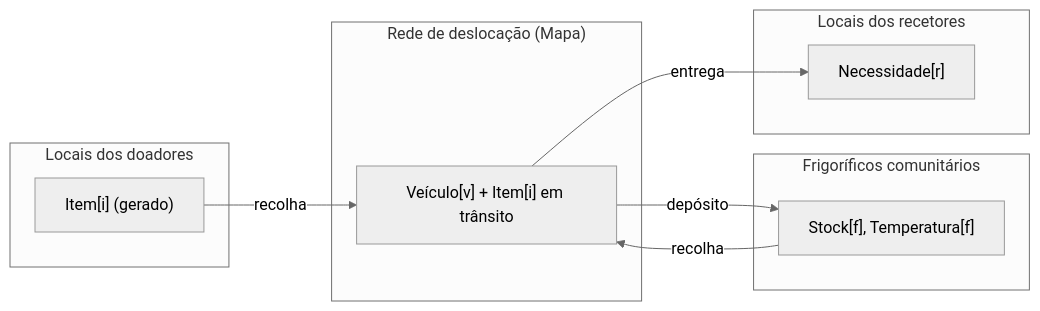
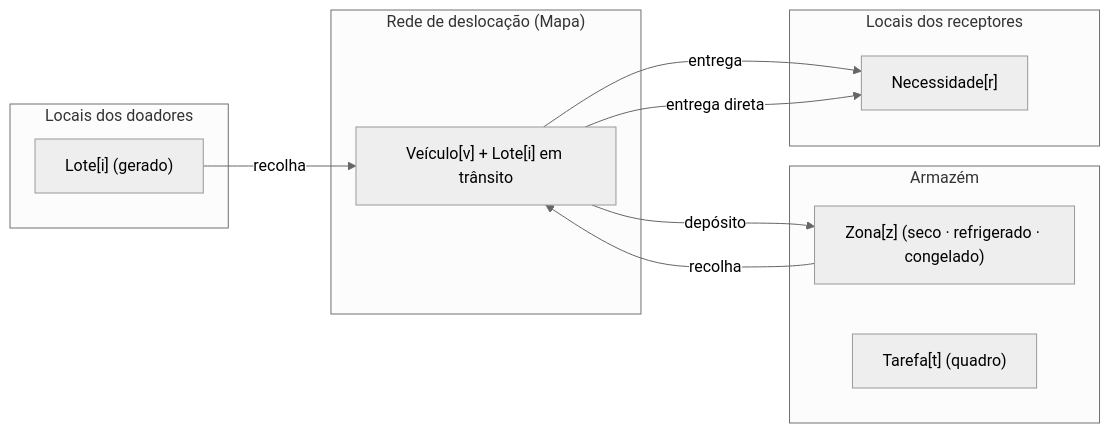
The second of 4 diagrams in docs/02-analise-gaia.md (VituVVL/food-rescue), drawn with Mermaid (neutral theme) before and after one commit. The commit also changed other lines of this file and 4 other files, not shown here.

````diff
--- a/docs/02-analise-gaia.md
+++ b/docs/02-analise-gaia.md
@@ -115,19 +131,21 @@
 ```mermaid
 flowchart LR
     subgraph Doadores["Locais dos doadores"]
-        I1["Item[i] (gerado)"]
+        I1["Lote[i] (gerado)"]
     end
     subgraph Estrada["Rede de deslocação (Mapa)"]
-        VEH["Veículo[v] + Item[i] em trânsito"]
+        VEH["Veículo[v] + Lote[i] em trânsito"]
     end
-    subgraph Frigs["Frigoríficos comunitários"]
-        ST["Stock[f], Temperatura[f]"]
+    subgraph Armazem["Armazém"]
+        ZN["Zona[z] (seco · refrigerado · congelado)"]
+        TF["Tarefa[t] (quadro)"]
     end
-    subgraph Recetores["Locais dos recetores"]
+    subgraph Receptores["Locais dos receptores"]
         NE["Necessidade[r]"]
     end
     I1 -- recolha --> VEH
-    VEH -- depósito --> ST
-    ST -- recolha --> VEH
+    VEH -- depósito --> ZN
+    ZN -- recolha --> VEH
     VEH -- entrega --> NE
+    VEH -- entrega direta --> NE
 ```
````
